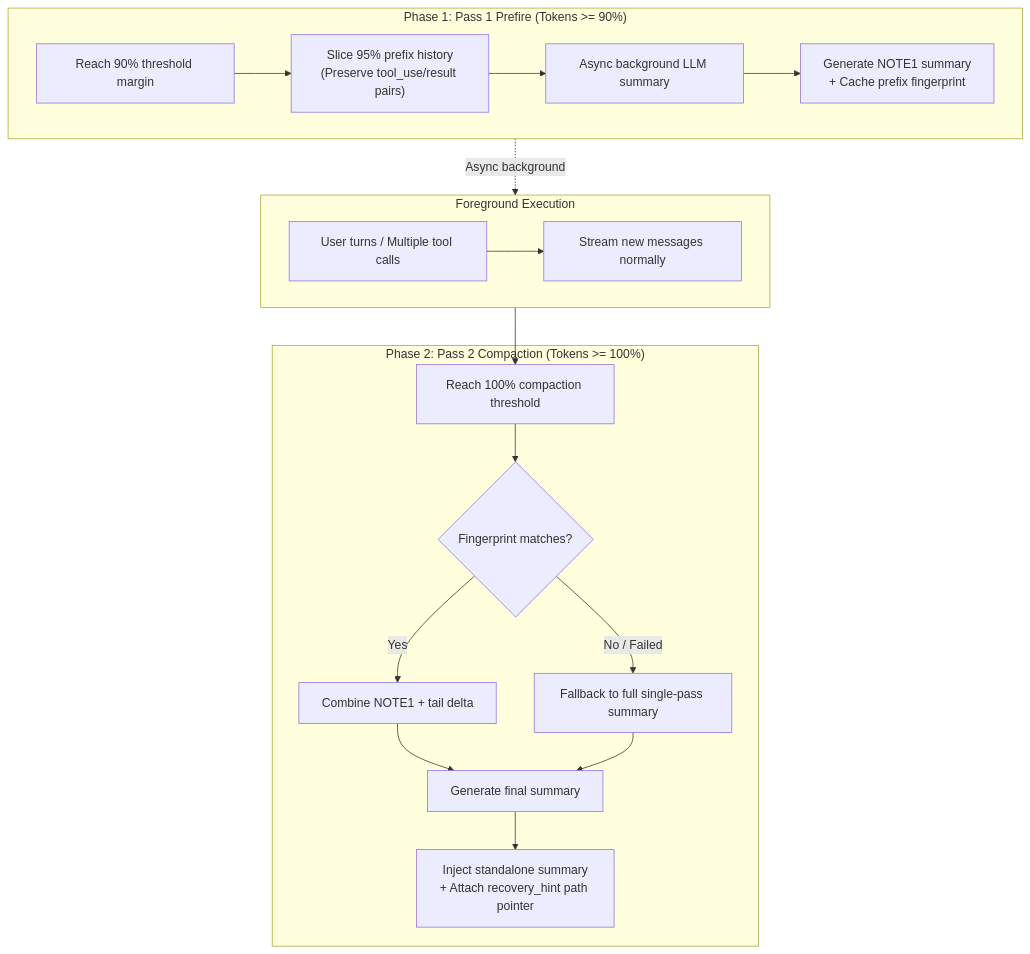
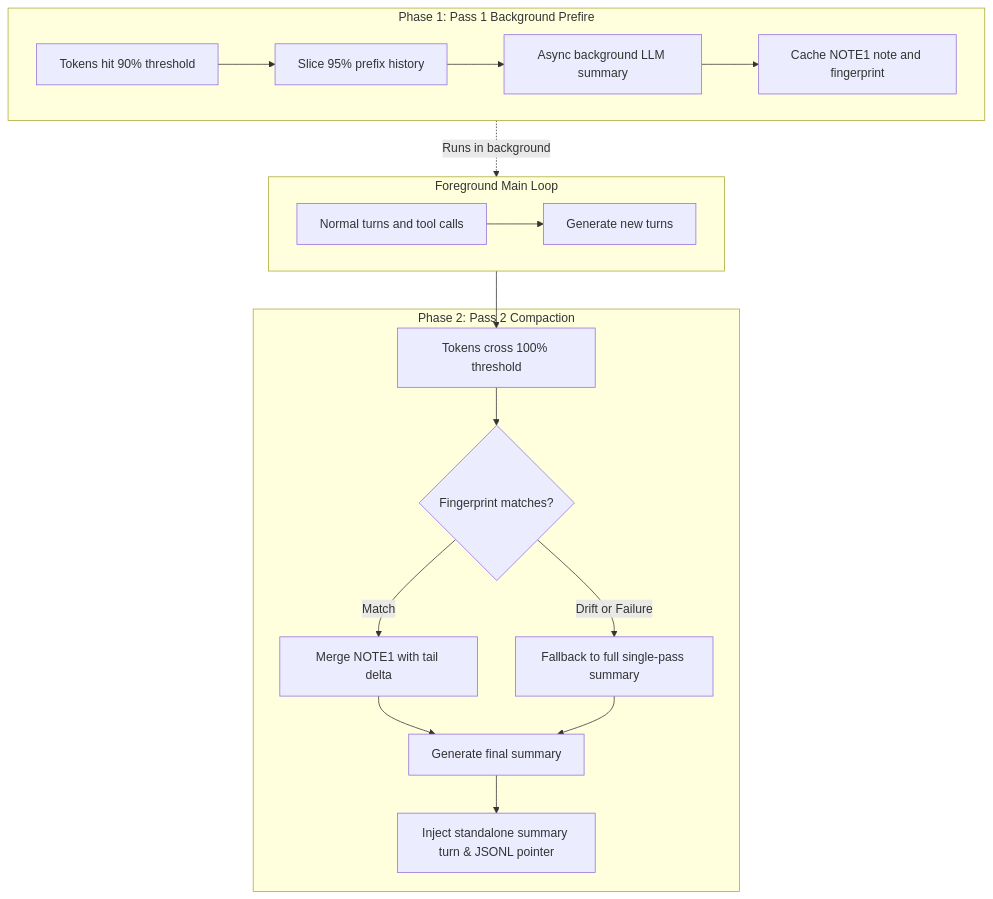
The diagram in content.en/posts/agent-context-compaction-two-pass-prefire.md (ferstar/blog), drawn with Mermaid before and after one commit. The commit also changed other lines of this file and 9 other files, not shown here.

```diff
--- a/content.en/posts/agent-context-compaction-two-pass-prefire.md
+++ b/content.en/posts/agent-context-compaction-two-pass-prefire.md
@@ -25,24 +25,24 @@
 {{< mermaid >}}
 flowchart TD
-  subgraph Prefire["Phase 1: Pass 1 Prefire (Tokens >= 90%)"]
-    A[Reach 90% threshold margin] --> B["Slice 95% prefix history<br/>(Preserve tool_use/result pairs)"]
-    B --> C["Async background LLM summary"]
-    C --> D["Generate NOTE1 summary<br/>+ Cache prefix fingerprint"]
+  subgraph Prefire[Phase 1: Pass 1 Background Prefire]
+    A[Tokens hit 90% threshold] --> B[Slice 95% prefix history]
+    B --> C[Async background LLM summary]
+    C --> D[Cache NOTE1 note and fingerprint]
   end
 
-  subgraph Ongoing["Foreground Execution"]
-    U[User turns / Multiple tool calls] --> E[Stream new messages normally]
+  subgraph Foreground[Foreground Main Loop]
+    U[Normal turns and tool calls] --> E[Generate new turns]
   end
 
-  subgraph Compaction["Phase 2: Pass 2 Compaction (Tokens >= 100%)"]
-    F[Reach 100% compaction threshold] --> G{Fingerprint matches?}
-    G -- Yes --> H["Combine NOTE1 + tail delta"]
-    G -- No / Failed --> I["Fallback to full single-pass summary"]
+  subgraph Compaction[Phase 2: Pass 2 Compaction]
+    F[Tokens cross 100% threshold] --> G{Fingerprint matches?}
+    G -->|Match| H[Merge NOTE1 with tail delta]
+    G -->|Drift or Failure| I[Fallback to full single-pass summary]
     H --> J[Generate final summary]
     I --> J
-    J --> K["Inject standalone summary<br/>+ Attach recovery_hint path pointer"]
+    J --> K[Inject standalone summary turn & JSONL pointer]
   end
 
-  Prefire -. Async background .-> Ongoing
-  Ongoing --> F
+  Prefire -.->|Runs in background| Foreground
+  Foreground --> F
 {{< /mermaid >}}
```
